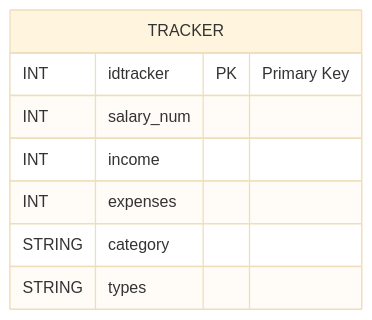
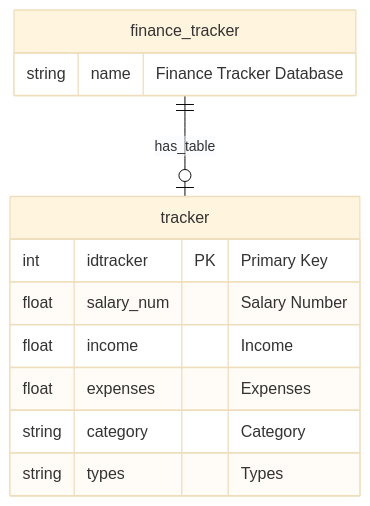
Before and after one commit to andres3204/Finance_Tracker_Final: the diagram in README.md, drawn with Mermaid (base theme).

Commit message:
Update README.md
Added database name

````diff
--- a/README.md
+++ b/README.md
@@ -28,11 +28,18 @@
 ```mermaid
 erDiagram
-    TRACKER {
-        INT idtracker PK "Primary Key"
-        INT salary_num
-        INT income
-        INT expenses
-        STRING category
-        STRING types
+    finance_tracker {
+        string name "Finance Tracker Database"
     }
+
+    finance_tracker ||--o| tracker : has_table
+
+    tracker {
+        int idtracker PK "Primary Key"
+        float salary_num "Salary Number"
+        float income "Income"
+        float expenses "Expenses"
+        string category "Category"
+        string types "Types"
+    }
+
 ```
````
